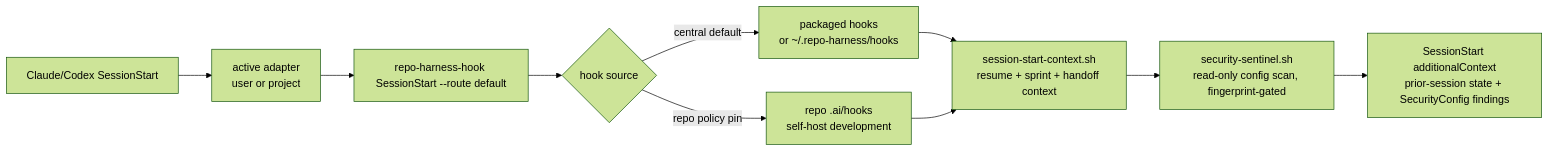
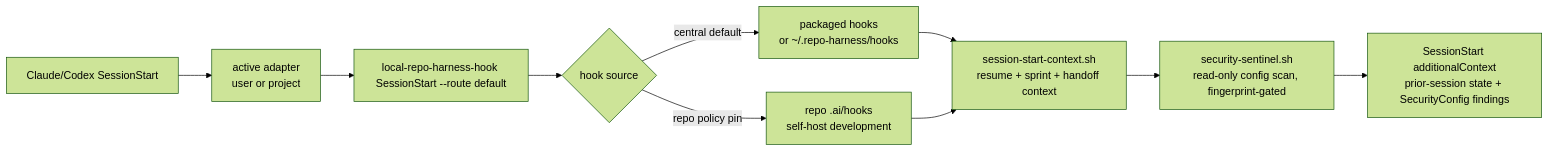
The second of 3 diagrams in README.md (automann/local-repo-harness), drawn with Mermaid (forest theme) before and after one commit. The commit also changed other lines of this file and 91 other files, not shown here.

Commit message:
Remove legacy repo-harness CLI aliases

````diff
--- a/README.md
+++ b/README.md
@@ -451,12 +451,12 @@
 ```mermaid
 flowchart LR
   SessionStart["Claude/Codex SessionStart"] --> Adapter["active adapter<br/>user or project"]
-  Adapter --> Entry["repo-harness-hook SessionStart --route default"]
+  Adapter --> Entry["local-repo-harness-hook SessionStart --route default"]
   Entry --> Source{"hook source"}
   Source -->|central default| Central["packaged hooks<br/>or ~/.repo-harness/hooks"]
   Source -->|repo policy pin| Repo["repo .ai/hooks<br/>self-host development"]
   Central --> Ctx["session-start-context.sh<br/>resume + sprint + handoff context"]
   Repo --> Ctx
   Ctx --> Sec["security-sentinel.sh<br/>read-only config scan, fingerprint-gated"]
   Sec --> SSOut["SessionStart additionalContext<br/>prior-session state + SecurityConfig findings"]
 ```
````
